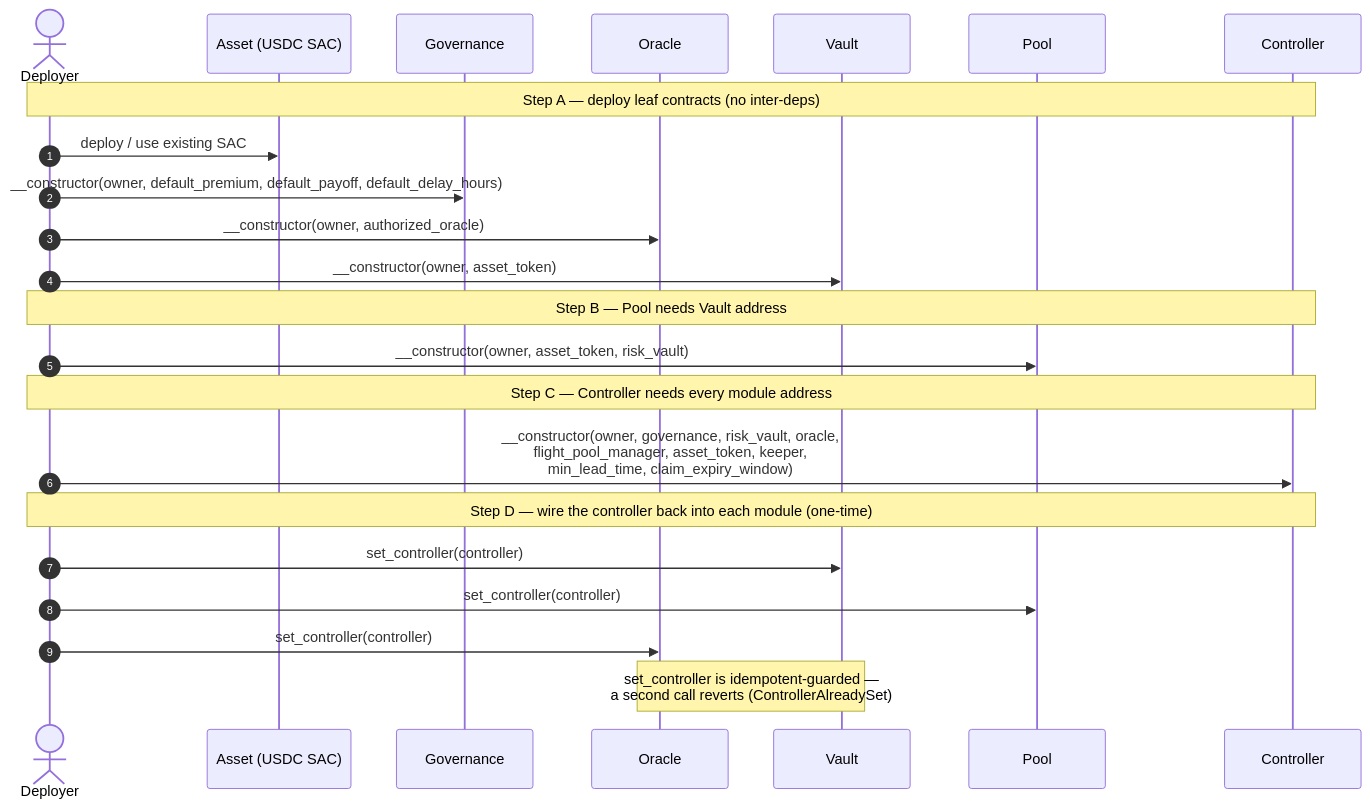
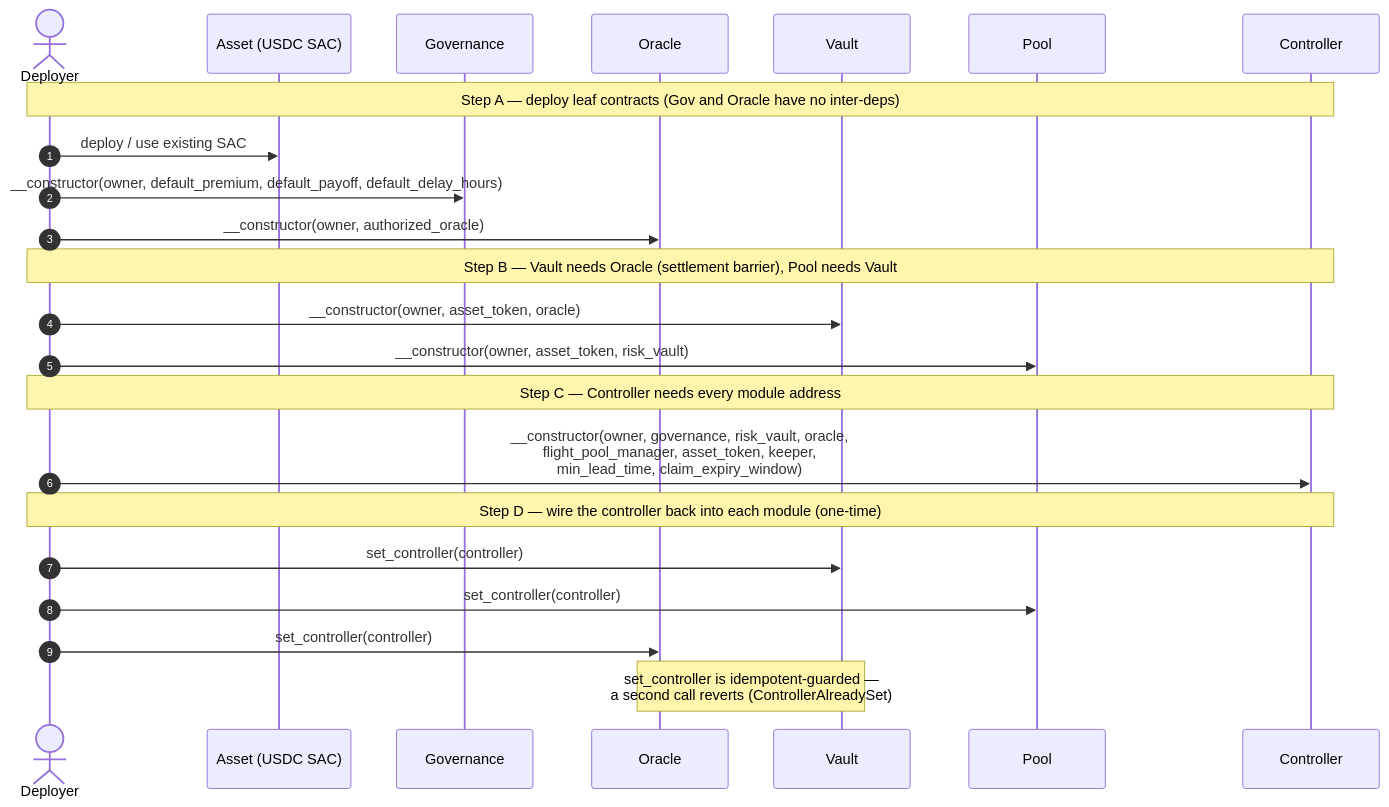
One commit to SentinelFi/sentinel_soroban_v3 changed the first of 6 diagrams in sequence_diagrams.md. Above: the diagram before and after it, drawn with Mermaid. The commit also changed other lines of this file and 16 other files, not shown here.

````diff
--- a/sequence_diagrams.md
+++ b/sequence_diagrams.md
@@ -52,29 +53,29 @@
 ```mermaid
 sequenceDiagram
     autonumber
     actor Deployer
     participant Asset as Asset (USDC SAC)
     participant Gov as Governance
     participant Oracle as Oracle
     participant Vault as Vault
     participant Pool as Pool
     participant Ctrl as Controller
 
-    Note over Deployer,Ctrl: Step A — deploy leaf contracts (no inter-deps)
+    Note over Deployer,Ctrl: Step A — deploy leaf contracts (Gov and Oracle have no inter-deps)
     Deployer->>Asset: deploy / use existing SAC
     Deployer->>Gov: __constructor(owner, default_premium, default_payoff, default_delay_hours)
     Deployer->>Oracle: __constructor(owner, authorized_oracle)
-    Deployer->>Vault: __constructor(owner, asset_token)
 
-    Note over Deployer,Ctrl: Step B — Pool needs Vault address
+    Note over Deployer,Ctrl: Step B — Vault needs Oracle (settlement barrier), Pool needs Vault
+    Deployer->>Vault: __constructor(owner, asset_token, oracle)
     Deployer->>Pool: __constructor(owner, asset_token, risk_vault)
 
     Note over Deployer,Ctrl: Step C — Controller needs every module address
     Deployer->>Ctrl: __constructor(owner, governance, risk_vault, oracle,<br/>flight_pool_manager, asset_token, keeper,<br/>min_lead_time, claim_expiry_window)
 
     Note over Deployer,Ctrl: Step D — wire the controller back into each module (one-time)
     Deployer->>Vault: set_controller(controller)
     Deployer->>Pool: set_controller(controller)
     Deployer->>Oracle: set_controller(controller)
     Note over Vault,Oracle: set_controller is idempotent-guarded —<br/>a second call reverts (ControllerAlreadySet)
 ```
````
